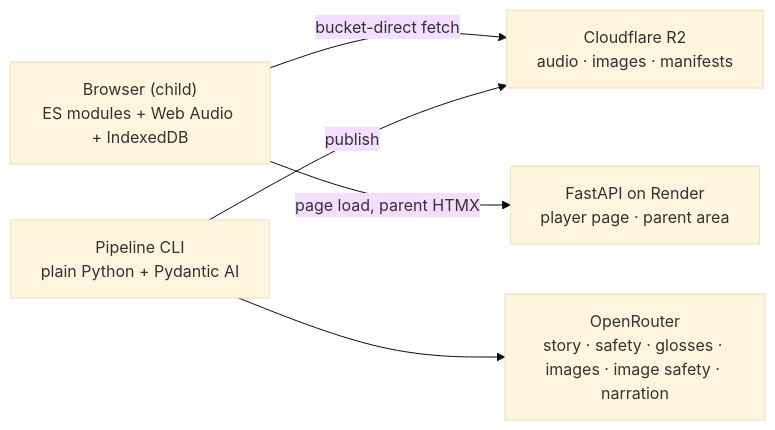
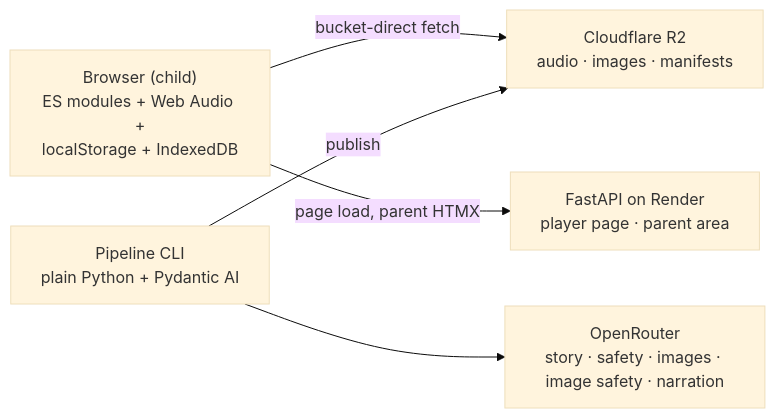
The first of 2 diagrams in docs/architecture.md (darth-dodo/cantastorie), drawn with Mermaid (base theme) before and after one commit. The commit also changed other lines of this file and 10 other files, not shown here.

````diff
--- a/docs/architecture.md
+++ b/docs/architecture.md
@@ -33,13 +34,13 @@
 ```mermaid
 graph LR
-    B["Browser (child)<br/>ES modules + Web Audio + IndexedDB"]
+    B["Browser (child)<br/>ES modules + Web Audio +<br/>localStorage + IndexedDB"]
     R2["Cloudflare R2<br/>audio · images · manifests"]
     F["FastAPI on Render<br/>player page · parent area"]
     P["Pipeline CLI<br/>plain Python + Pydantic AI"]
-    OR["OpenRouter<br/>story · safety · glosses · images · image safety · narration"]
+    OR["OpenRouter<br/>story · safety · images · image safety · narration"]
 
     B -- "bucket-direct fetch" --> R2
     B -- "page load, parent HTMX" --> F
     P -- "publish" --> R2
     P --> OR
 ```
````
